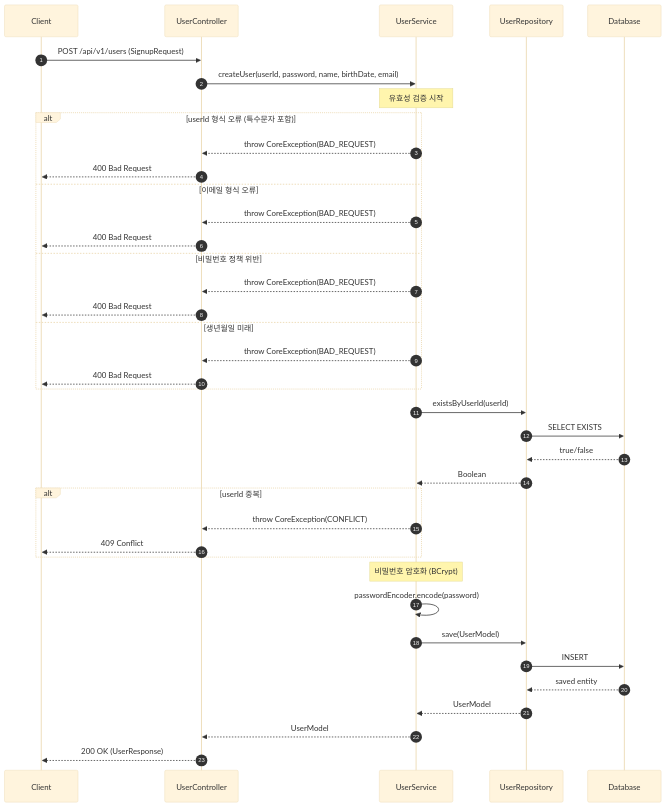
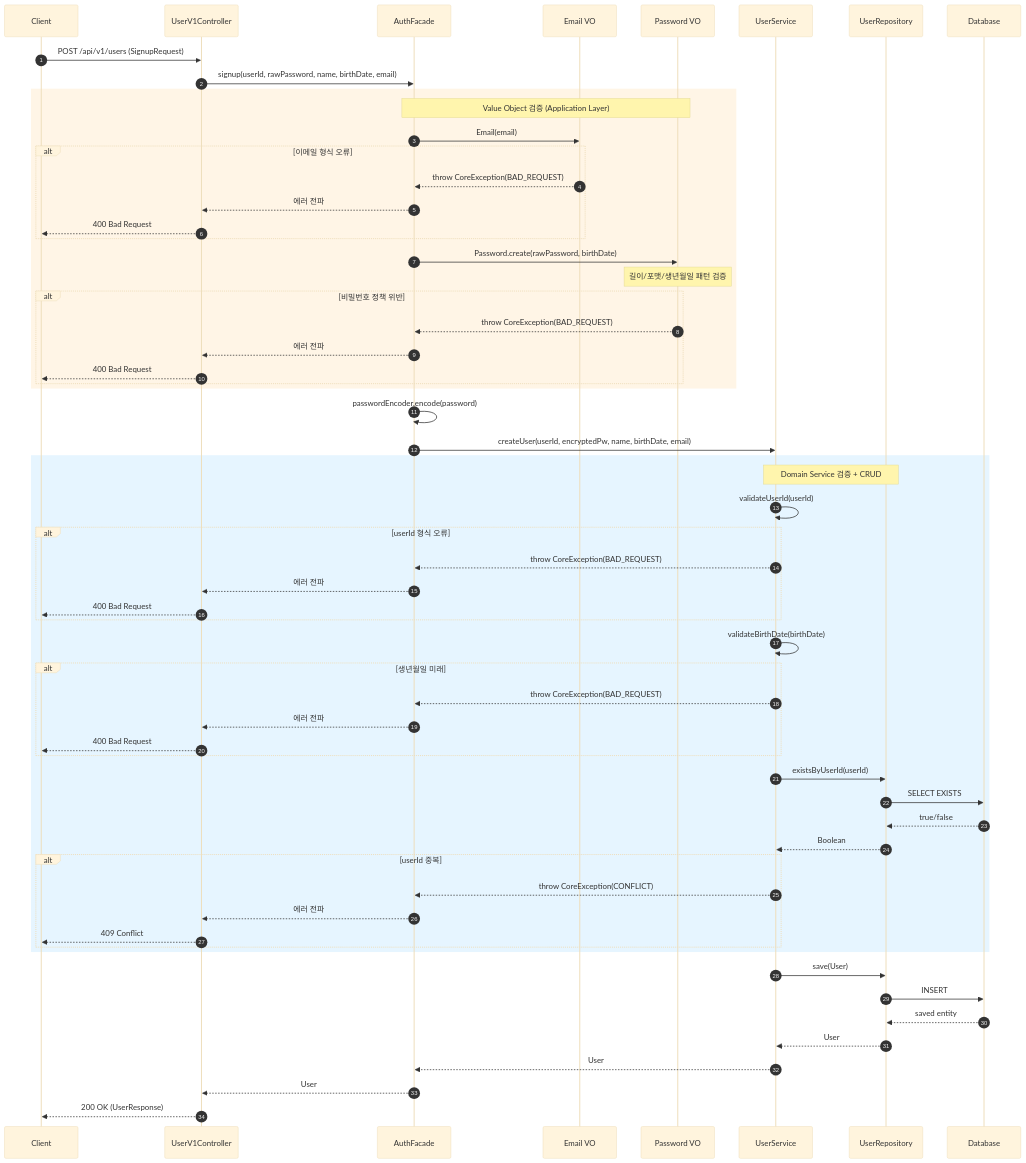
One commit to Loopers-dev-lab/loop-pack-be-l2-vol3-kotlin changed the first of 7 diagrams in .docs/design/02-sequence-diagrams.md. Above: the diagram before and after it, drawn with Mermaid (base theme). The commit also changed other lines of this file and 4 other files, not shown here.

````diff
--- a/.docs/design/02-sequence-diagrams.md
+++ b/.docs/design/02-sequence-diagrams.md
@@ -13,48 +13,72 @@
 ```mermaid
 sequenceDiagram
     autonumber
     participant C as Client
-    participant Ctrl as UserController
+    participant Ctrl as UserV1Controller
+    participant Facade as AuthFacade
+    participant Email as Email VO
+    participant Pw as Password VO
     participant Svc as UserService
     participant Repo as UserRepository
     participant DB as Database
 
     C->>Ctrl: POST /api/v1/users (SignupRequest)
-    Ctrl->>Svc: createUser(userId, password, name, birthDate, email)
+    Ctrl->>Facade: signup(userId, rawPassword, name, birthDate, email)
 
-    Note over Svc: 유효성 검증 시작
+    rect rgb(255, 245, 230)
+        Note over Facade,Pw: Value Object 검증 (Application Layer)
+        Facade->>Email: Email(email)
+        alt 이메일 형식 오류
+            Email-->>Facade: throw CoreException(BAD_REQUEST)
+            Facade-->>Ctrl: 에러 전파
+            Ctrl-->>C: 400 Bad Request
+        end
 
-    alt userId 형식 오류 (특수문자 포함)
-        Svc-->>Ctrl: throw CoreException(BAD_REQUEST)
-        Ctrl-->>C: 400 Bad Request
-    else 이메일 형식 오류
-        Svc-->>Ctrl: throw CoreException(BAD_REQUEST)
-        Ctrl-->>C: 400 Bad Request
-    else 비밀번호 정책 위반
-        Svc-->>Ctrl: throw CoreException(BAD_REQUEST)
-        Ctrl-->>C: 400 Bad Request
-    else 생년월일 미래
-        Svc-->>Ctrl: throw CoreException(BAD_REQUEST)
-        Ctrl-->>C: 400 Bad Request
+        Facade->>Pw: Password.create(rawPassword, birthDate)
+        Note over Pw: 길이/포맷/생년월일 패턴 검증
+        alt 비밀번호 정책 위반
+            Pw-->>Facade: throw CoreException(BAD_REQUEST)
+            Facade-->>Ctrl: 에러 전파
+            Ctrl-->>C: 400 Bad Request
+        end
     end
 
-    Svc->>Repo: existsByUserId(userId)
-    Repo->>DB: SELECT EXISTS
-    DB-->>Repo: true/false
-    Repo-->>Svc: Boolean
+    Facade->>Facade: passwordEncoder.encode(password)
 
-    alt userId 중복
-        Svc-->>Ctrl: throw CoreException(CONFLICT)
-        Ctrl-->>C: 409 Conflict
+    Facade->>Svc: createUser(userId, encryptedPw, name, birthDate, email)
+
+    rect rgb(230, 245, 255)
+        Note over Svc,Repo: Domain Service 검증 + CRUD
+        Svc->>Svc: validateUserId(userId)
+        alt userId 형식 오류
+            Svc-->>Facade: throw CoreException(BAD_REQUEST)
+            Facade-->>Ctrl: 에러 전파
+            Ctrl-->>C: 400 Bad Request
+        end
+
+        Svc->>Svc: validateBirthDate(birthDate)
+        alt 생년월일 미래
+            Svc-->>Facade: throw CoreException(BAD_REQUEST)
+            Facade-->>Ctrl: 에러 전파
+            Ctrl-->>C: 400 Bad Request
+        end
+
+        Svc->>Repo: existsByUserId(userId)
+        Repo->>DB: SELECT EXISTS
+        DB-->>Repo: true/false
+        Repo-->>Svc: Boolean
+        alt userId 중복
+            Svc-->>Facade: throw CoreException(CONFLICT)
+            Facade-->>Ctrl: 에러 전파
+            Ctrl-->>C: 409 Conflict
+        end
     end
 
-    Note over Svc: 비밀번호 암호화 (BCrypt)
-    Svc->>Svc: passwordEncoder.encode(password)
-
-    Svc->>Repo: save(UserModel)
+    Svc->>Repo: save(User)
     Repo->>DB: INSERT
     DB-->>Repo: saved entity
-    Repo-->>Svc: UserModel
-    Svc-->>Ctrl: UserModel
+    Repo-->>Svc: User
+    Svc-->>Facade: User
+    Facade-->>Ctrl: User
     Ctrl-->>C: 200 OK (UserResponse)
 ```
````
